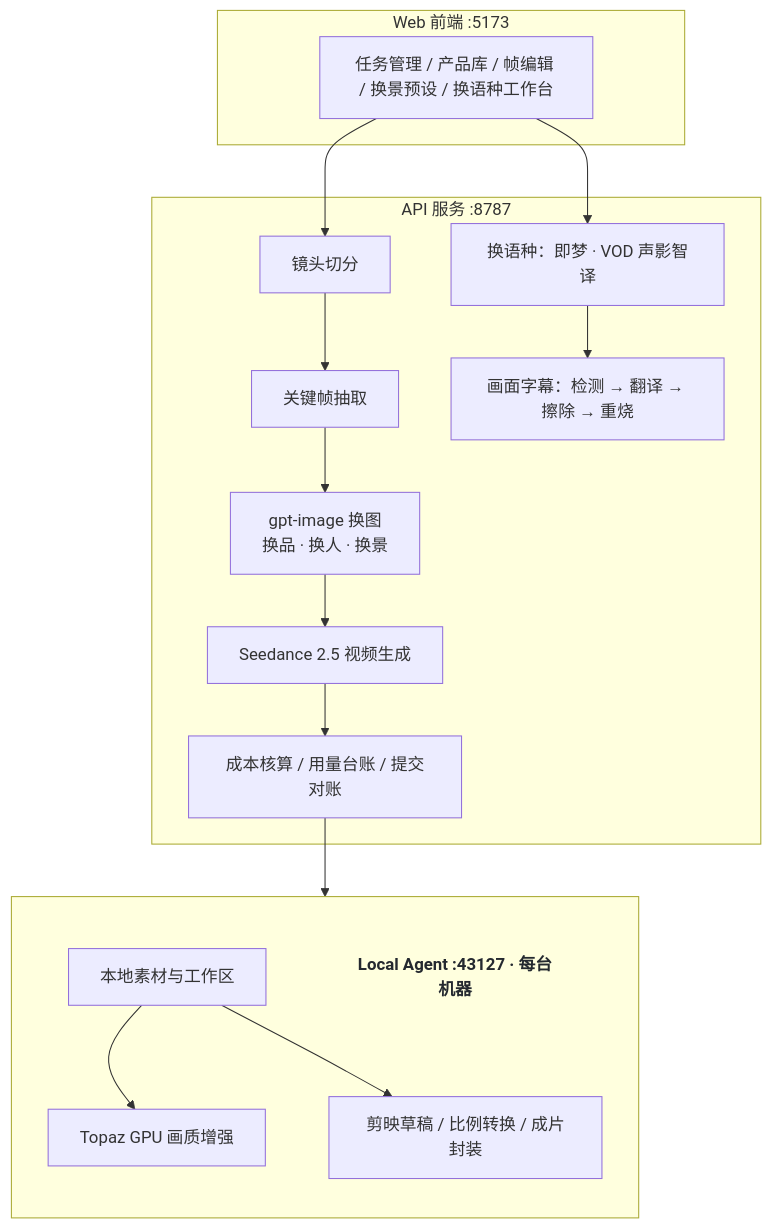
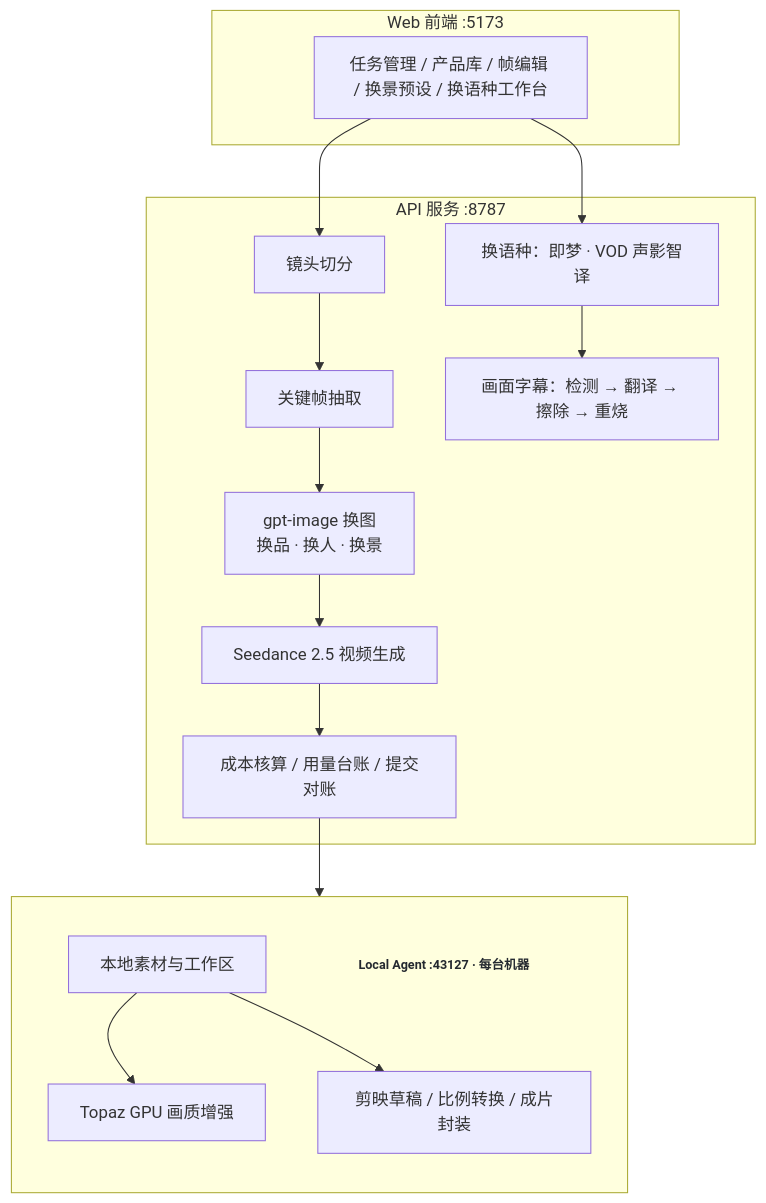
Before and after one commit to happymonkeyz666-oss/ALTERION-showcase: the diagram in README.md, drawn with Mermaid.

Commit message:
docs: keep local agent label on one line

````diff
--- a/README.md
+++ b/README.md
@@ -146,30 +146,30 @@
 ```mermaid
 graph TB
     subgraph Web["Web 前端 :5173"]
         A[任务管理 / 产品库 / 帧编辑 / 换景预设 / 换语种工作台]
     end
 
     subgraph API["API 服务 :8787"]
         B[镜头切分] --> C[关键帧抽取]
         C --> D[gpt-image 换图<br/>换品 · 换人 · 换景]
         D --> E[Seedance 2.5 视频生成]
         E --> G[成本核算 / 用量台账 / 提交对账]
         L[换语种：即梦 · VOD 声影智译] --> S[画面字幕：检测 → 翻译 → 擦除 → 重烧]
     end
 
     subgraph Agent[" "]
         direction TB
         H[本地素材与工作区]
         T["Local&nbsp;Agent&nbsp;:43127&nbsp;·&nbsp;每台机器"]:::agentLabel
         H --> I[Topaz GPU 画质增强]
         H --> J[剪映草稿 / 比例转换 / 成片封装]
         T ~~~ I
         T ~~~ J
     end
 
-    classDef agentLabel fill:transparent,stroke:transparent,color:#24292f,font-weight:bold
+    classDef agentLabel fill:transparent,stroke:transparent,color:#24292f,font-weight:bold,font-size:12px
 
     A --> B
     A --> L
     G --> H
 ```
````
